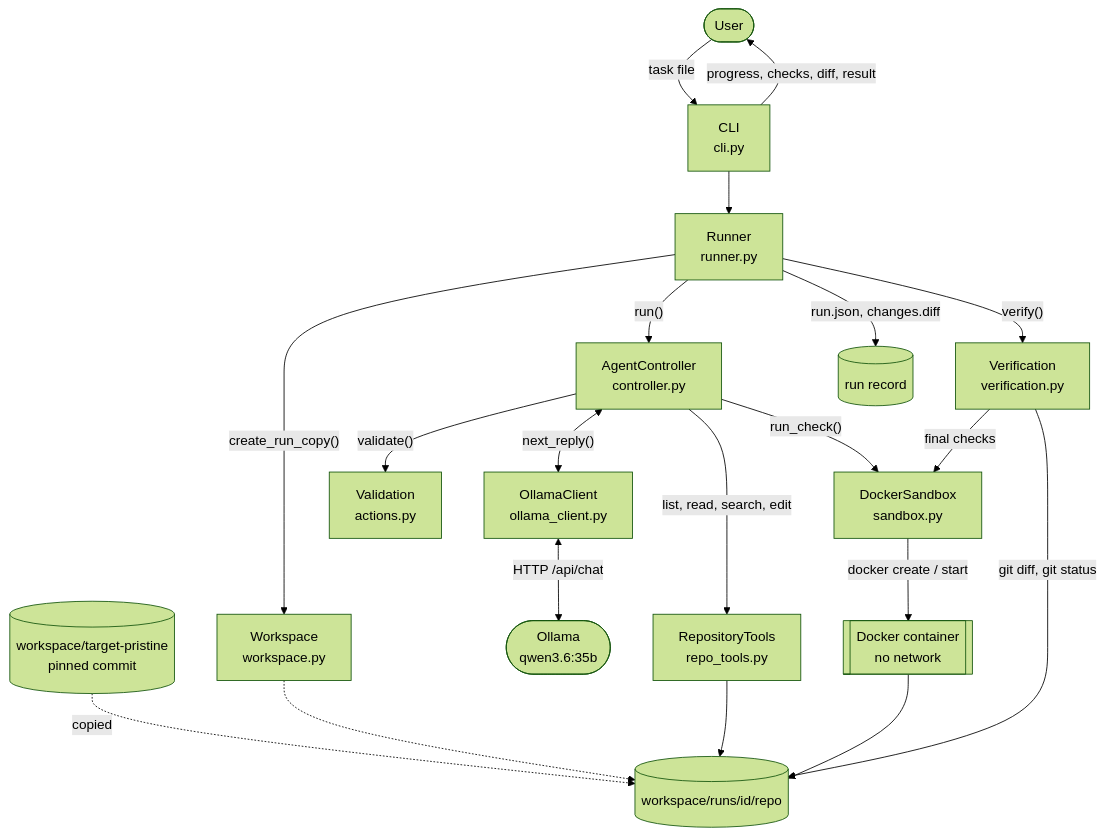
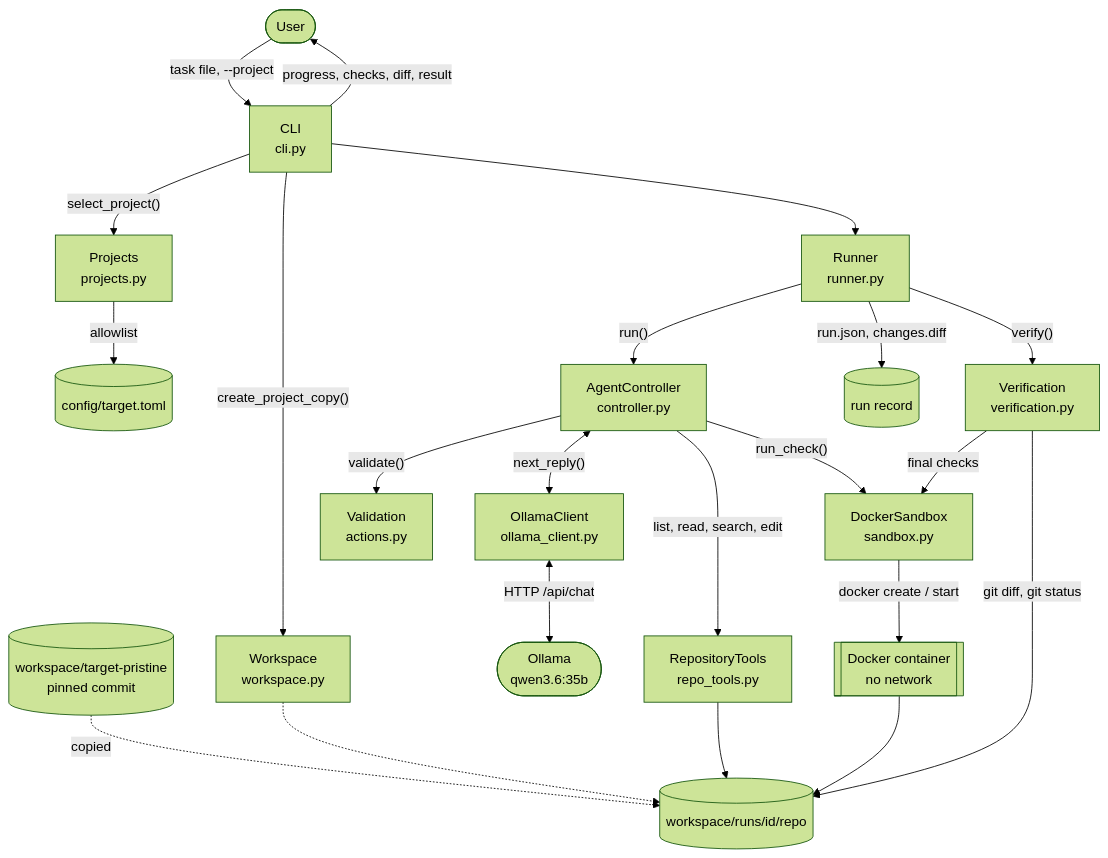
One commit to linda-gan/swe25-aaia-coding-harness changed the first of 4 diagrams in README.md. Above: the diagram before and after it, drawn with Mermaid (forest theme). The commit also changed other lines of this file and 19 other files, not shown here.

````diff
--- a/README.md
+++ b/README.md
@@ -166,22 +175,24 @@
 ```mermaid
 flowchart TB
-    User(["User"]) -->|"task file"| CLI["CLI<br/>cli.py"]
+    User(["User"]) -->|"task file, --project"| CLI["CLI<br/>cli.py"]
+    CLI -->|"select_project()"| Projects["Projects<br/>projects.py"]
+    Projects -->|"allowlist"| Config[("config/target.toml")]
     CLI --> Runner["Runner<br/>runner.py"]
-    Runner -->|"create_run_copy()"| Workspace["Workspace<br/>workspace.py"]
+    CLI -->|"create_project_copy()"| Workspace["Workspace<br/>workspace.py"]
     Pristine[("workspace/target-pristine<br/>pinned commit")] -.->|"copied"| Copy[("workspace/runs/id/repo")]
     Workspace -.-> Copy
     Runner -->|"run()"| Controller["AgentController<br/>controller.py"]
     Controller <-->|"next_reply()"| Client["OllamaClient<br/>ollama_client.py"]
     Client <-->|"HTTP /api/chat"| Ollama(["Ollama<br/>qwen3.6:35b"])
     Controller -->|"validate()"| Actions["Validation<br/>actions.py"]
     Controller -->|"list, read, search, edit"| Tools["RepositoryTools<br/>repo_tools.py"]
     Controller -->|"run_check()"| Sandbox["DockerSandbox<br/>sandbox.py"]
     Tools --> Copy
     Sandbox -->|"docker create / start"| Container[["Docker container<br/>no network"]]
     Container --> Copy
     Runner -->|"verify()"| Verification["Verification<br/>verification.py"]
     Verification -->|"final checks"| Sandbox
     Verification -->|"git diff, git status"| Copy
     Runner -->|"run.json, changes.diff"| Record[("run record")]
     CLI -->|"progress, checks, diff, result"| User
 ```
````
